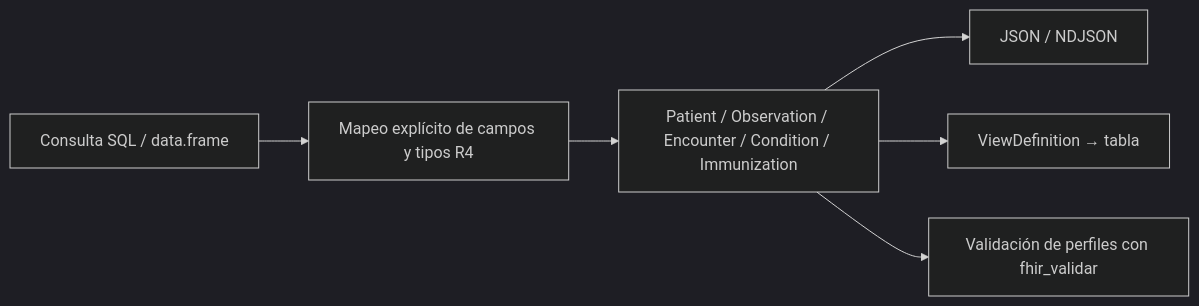
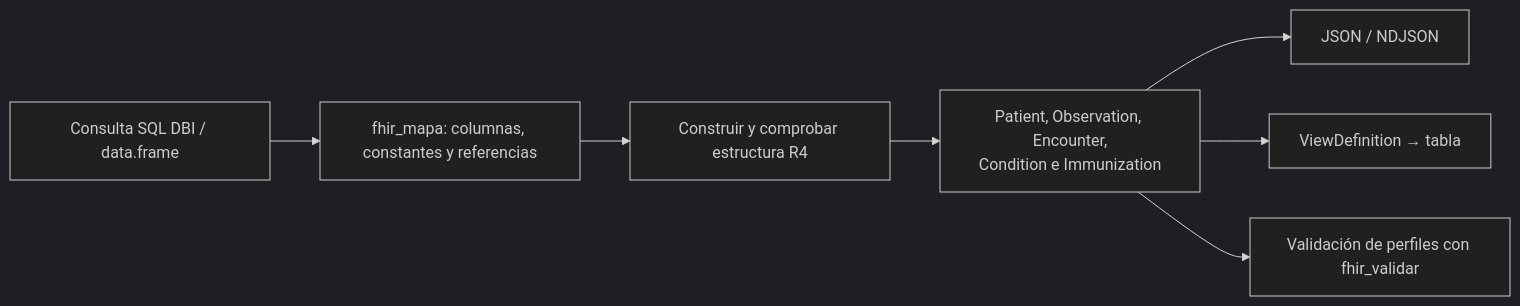
Before and after one commit to f-slg/fhirviews: the ninth of 10 diagrams in README.md, drawn with Mermaid (dark theme). The commit also changed other lines of this file and 5 other files, not shown here.

Commit message:
Replace opening diagram with Mermaid and document the R4 and Rust scope

````diff
--- a/README.md
+++ b/README.md
@@ -632,8 +644,9 @@
 ```mermaid
 flowchart LR
-    DB["Consulta SQL / data.frame"] --> M["Mapeo explícito de campos y tipos R4"]
-    M --> R["Patient / Observation / Encounter / Condition / Immunization"]
+    DB["Consulta SQL DBI / data.frame"] --> M["fhir_mapa: columnas, constantes y referencias"]
+    M --> CHECK["Construir y comprobar estructura R4"]
+    CHECK --> R["Patient, Observation, Encounter,<br/>Condition e Immunization"]
     R --> J["JSON / NDJSON"]
     R --> V["ViewDefinition → tabla"]
     R --> C["Validación de perfiles con fhir_validar"]
 ```
````
